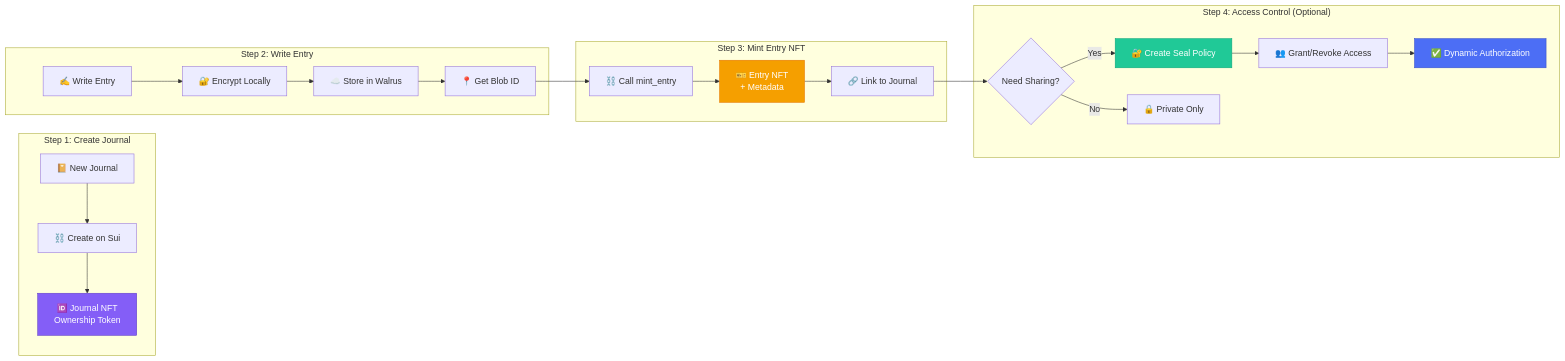
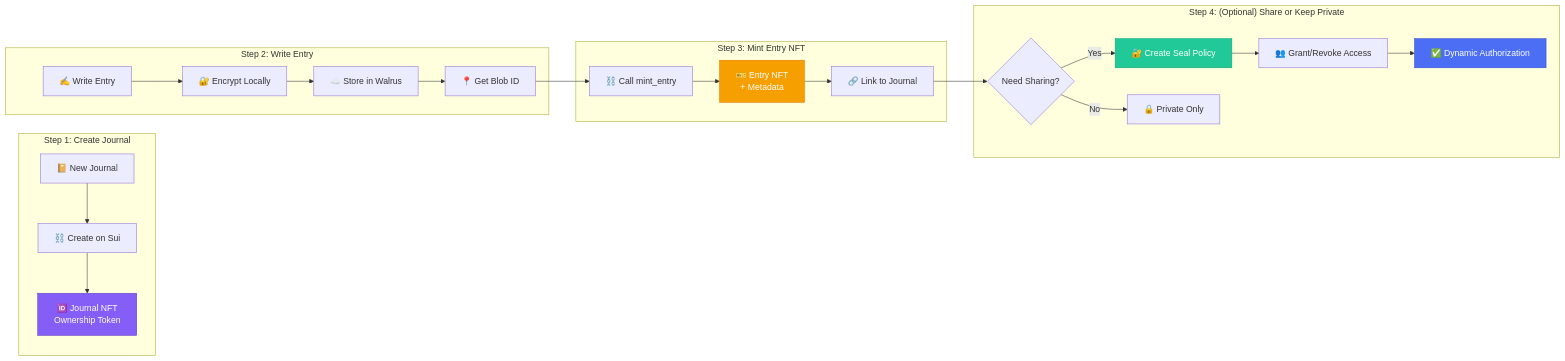
The third of 6 diagrams in ARCHITECTURE_VISUAL.md (ww11632/echoma), drawn with Mermaid before and after one commit. The commit also changed other lines of this file, not shown here.

Commit message:
Revise architecture visualization to clarify the optional sharing step and enhance the feature comparison table, emphasizing echōma's advantages in brute-force resistance and ASIC resistance.

````diff
--- a/ARCHITECTURE_VISUAL.md
+++ b/ARCHITECTURE_VISUAL.md
@@ -75,32 +75,32 @@
 ```mermaid
 graph LR
     subgraph "Step 1: Create Journal"
         A[📔 New Journal] --> B[⛓️ Create on Sui]
         B --> C[🆔 Journal NFT<br/>Ownership Token]
     end
     
     subgraph "Step 2: Write Entry"
         D[✍️ Write Entry] --> E[🔐 Encrypt Locally]
         E --> F[☁️ Store in Walrus]
         F --> G[📍 Get Blob ID]
     end
     
     subgraph "Step 3: Mint Entry NFT"
         G --> H[⛓️ Call mint_entry]
         H --> I[🎫 Entry NFT<br/>+ Metadata]
         I --> J[🔗 Link to Journal]
     end
     
-    subgraph "Step 4: Access Control (Optional)"
+    subgraph "Step 4: (Optional) Share or Keep Private"
         J --> K{Need Sharing?}
         K -->|Yes| L[🔐 Create Seal Policy]
         K -->|No| M[🔒 Private Only]
         L --> N[👥 Grant/Revoke Access]
         N --> O[✅ Dynamic Authorization]
     end
     
     style C fill:#845ef7,stroke:#5f3dc4,color:#fff
     style I fill:#f59f00,stroke:#e67700,color:#fff
     style L fill:#20c997,stroke:#0ca678,color:#fff
     style O fill:#4c6ef5,stroke:#364fc7,color:#fff
 ```
````
